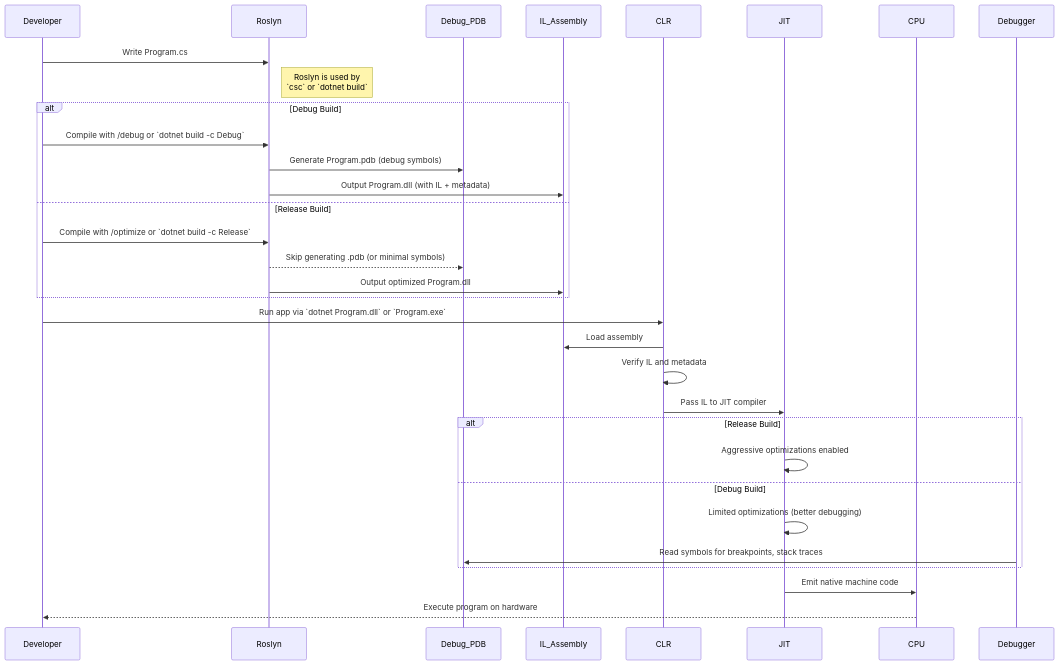
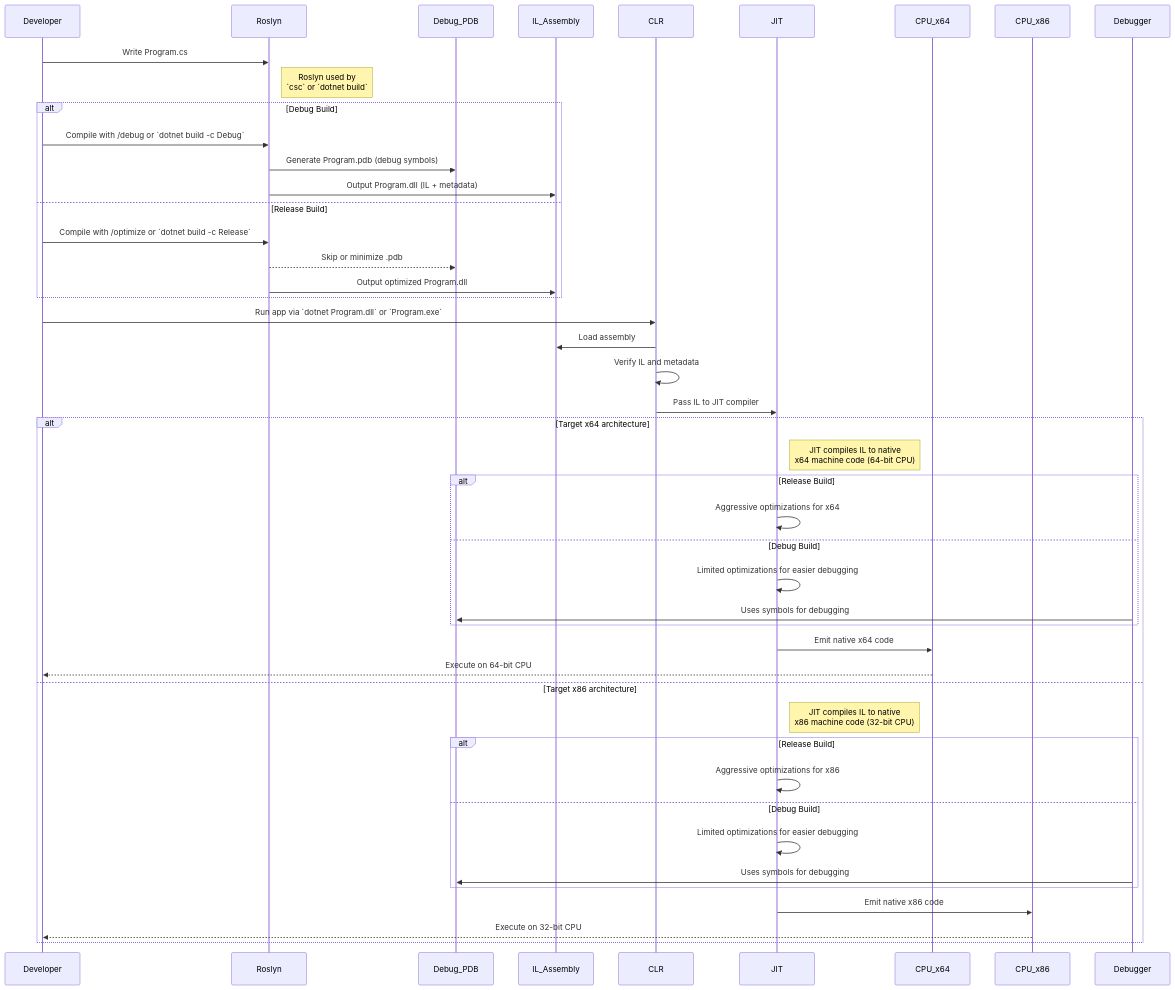
One commit to andikatjacobdennis/CSharpMastery changed the diagram in docs/001_Introduction-to-C-Sharp/001.001.What-is-C-Sharp.md. Above: the diagram before and after it, drawn with Mermaid.

````diff
--- a/docs/001_Introduction-to-C-Sharp/001.001.What-is-C-Sharp.md
+++ b/docs/001_Introduction-to-C-Sharp/001.001.What-is-C-Sharp.md
@@ -13,44 +13,56 @@
 ```mermaid
 sequenceDiagram
     participant Developer
     participant Roslyn
     participant Debug_PDB
     participant IL_Assembly
     participant CLR
     participant JIT
-    participant CPU
+    participant CPU_x64
+    participant CPU_x86
     participant Debugger
 
     %% Source Code Stage
     Developer->>Roslyn: Write Program.cs
-    Note right of Roslyn: Roslyn is used by<br>`csc` or `dotnet build`
+    Note right of Roslyn: Roslyn used by<br>`csc` or `dotnet build`
 
     %% Compilation Phase - Debug
     alt Debug Build
         Developer->>Roslyn: Compile with /debug or `dotnet build -c Debug`
         Roslyn->>Debug_PDB: Generate Program.pdb (debug symbols)
-        Roslyn->>IL_Assembly: Output Program.dll (with IL + metadata)
+        Roslyn->>IL_Assembly: Output Program.dll (IL + metadata)
     else Release Build
         Developer->>Roslyn: Compile with /optimize or `dotnet build -c Release`
-        Roslyn-->>Debug_PDB: Skip generating .pdb (or minimal symbols)
+        Roslyn-->>Debug_PDB: Skip or minimize .pdb
         Roslyn->>IL_Assembly: Output optimized Program.dll
     end
 
     %% Runtime Phase
     Developer->>CLR: Run app via `dotnet Program.dll` or `Program.exe`
     CLR->>IL_Assembly: Load assembly
     CLR->>CLR: Verify IL and metadata
 
-    %% JIT Compilation
+    %% JIT Compilation & Architecture Targeting
     CLR->>JIT: Pass IL to JIT compiler
-    alt Release Build
-        JIT->>JIT: Aggressive optimizations enabled
-    else Debug Build
-        JIT->>JIT: Limited optimizations (better debugging)
-        Debugger->>Debug_PDB: Read symbols for breakpoints, stack traces
+    alt Target x64 architecture
+        Note right of JIT: JIT compiles IL to native<br>x64 machine code (64-bit CPU)
+        alt Release Build
+            JIT->>JIT: Aggressive optimizations for x64
+        else Debug Build
+            JIT->>JIT: Limited optimizations for easier debugging
+            Debugger->>Debug_PDB: Uses symbols for debugging
+        end
+        JIT->>CPU_x64: Emit native x64 code
+        CPU_x64-->>Developer: Execute on 64-bit CPU
+    else Target x86 architecture
+        Note right of JIT: JIT compiles IL to native<br>x86 machine code (32-bit CPU)
+        alt Release Build
+            JIT->>JIT: Aggressive optimizations for x86
+        else Debug Build
+            JIT->>JIT: Limited optimizations for easier debugging
+            Debugger->>Debug_PDB: Uses symbols for debugging
+        end
+        JIT->>CPU_x86: Emit native x86 code
+        CPU_x86-->>Developer: Execute on 32-bit CPU
     end
-
-    %% Execution Phase
-    JIT->>CPU: Emit native machine code
-    CPU-->>Developer: Execute program on hardware
 ```
````
